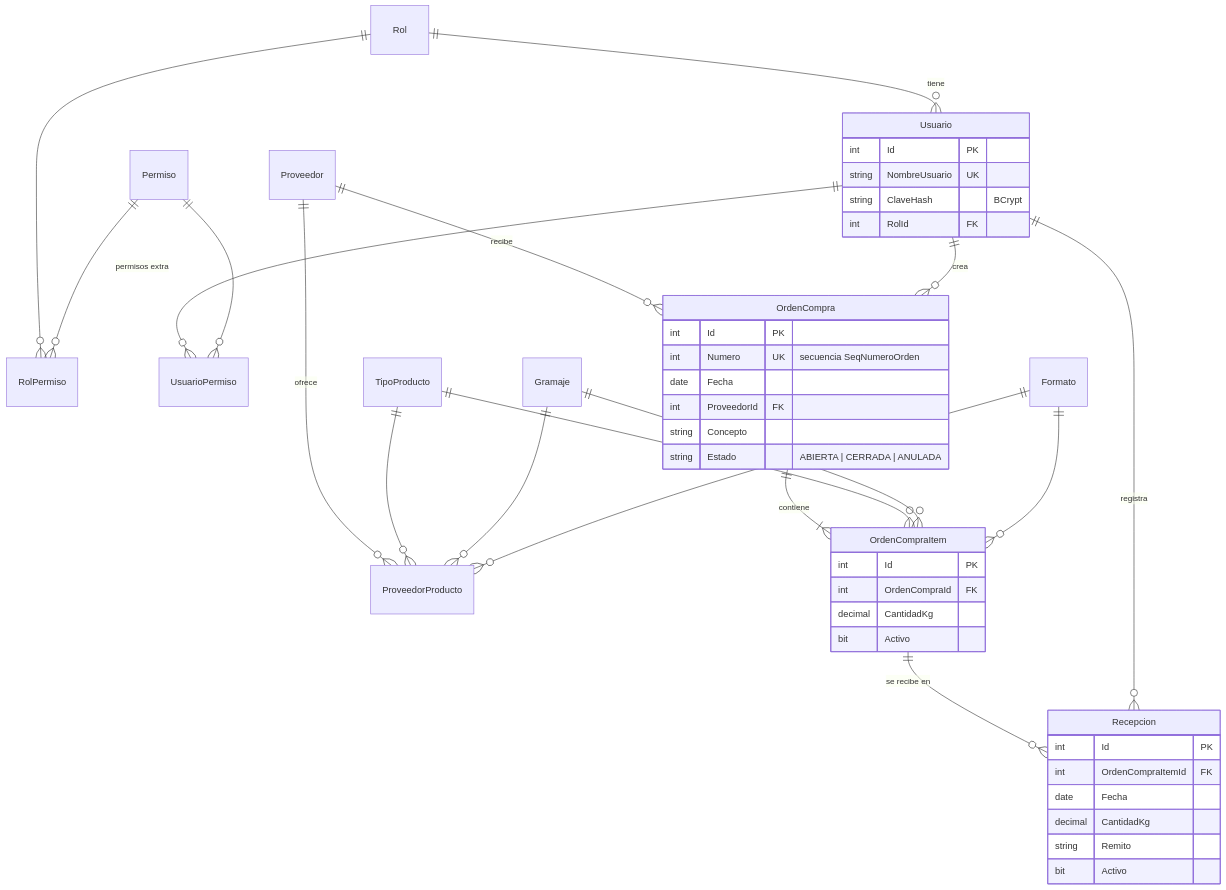
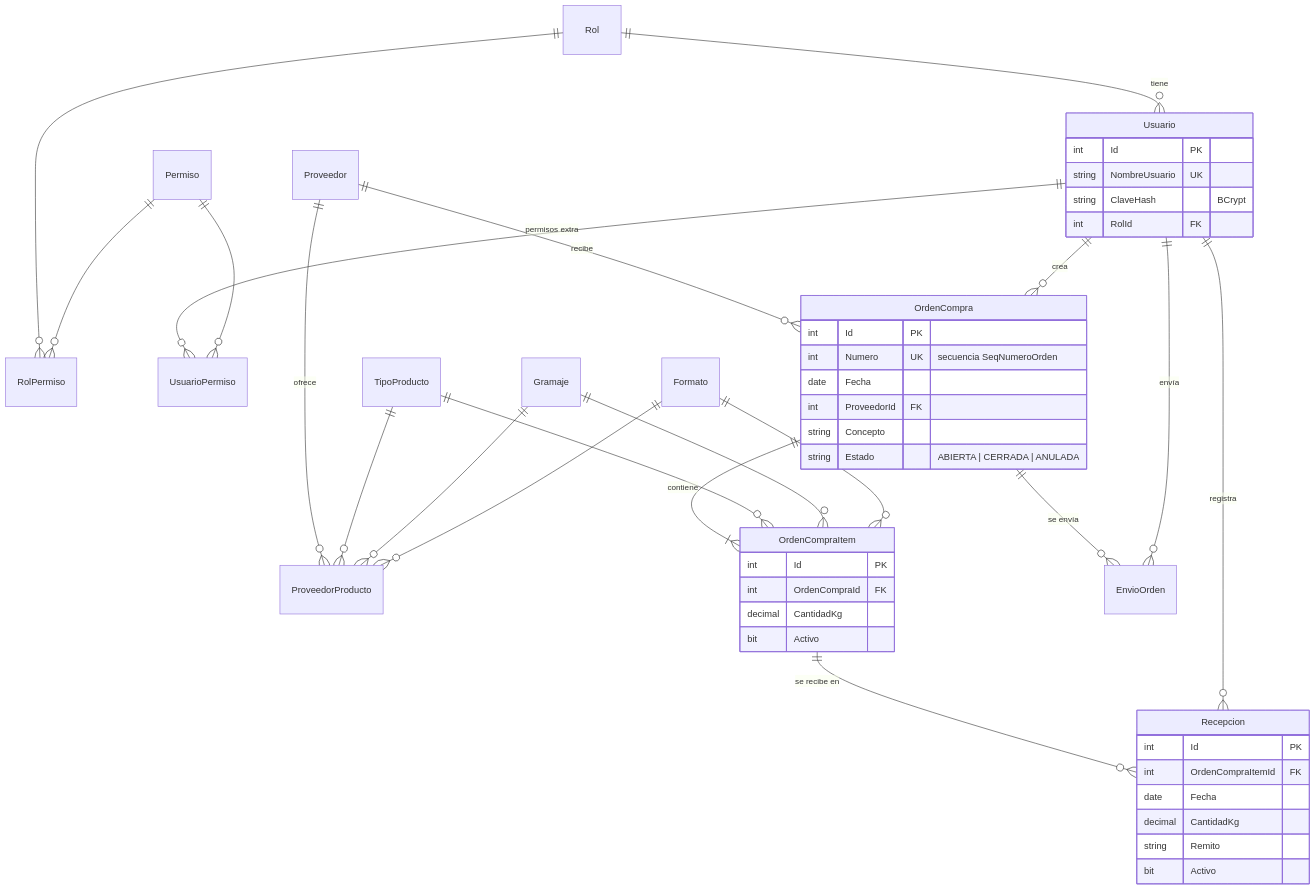
The diagram in docs/modelo-datos.md (arosso-arch/CompraTrack), drawn with Mermaid before and after one commit. The commit also changed other lines of this file and 23 other files, not shown here.

First line of the commit message:
PDF de la orden de compra y envío por mail al proveedor

````diff
--- a/docs/modelo-datos.md
+++ b/docs/modelo-datos.md
@@ -3,51 +3,53 @@
 ```mermaid
 erDiagram
     Rol ||--o{ Usuario : "tiene"
     Rol ||--o{ RolPermiso : ""
     Permiso ||--o{ RolPermiso : ""
     Usuario ||--o{ UsuarioPermiso : "permisos extra"
     Permiso ||--o{ UsuarioPermiso : ""
 
     Proveedor ||--o{ ProveedorProducto : "ofrece"
     TipoProducto ||--o{ ProveedorProducto : ""
     Gramaje ||--o{ ProveedorProducto : ""
     Formato ||--o{ ProveedorProducto : ""
 
     Proveedor ||--o{ OrdenCompra : "recibe"
     Usuario ||--o{ OrdenCompra : "crea"
     OrdenCompra ||--|{ OrdenCompraItem : "contiene"
     TipoProducto ||--o{ OrdenCompraItem : ""
     Gramaje ||--o{ OrdenCompraItem : ""
     Formato ||--o{ OrdenCompraItem : ""
     OrdenCompraItem ||--o{ Recepcion : "se recibe en"
     Usuario ||--o{ Recepcion : "registra"
+    OrdenCompra ||--o{ EnvioOrden : "se envía"
+    Usuario ||--o{ EnvioOrden : "envía"
 
     OrdenCompra {
         int Id PK
         int Numero UK "secuencia SeqNumeroOrden"
         date Fecha
         int ProveedorId FK
         string Concepto
         string Estado "ABIERTA | CERRADA | ANULADA"
     }
     OrdenCompraItem {
         int Id PK
         int OrdenCompraId FK
         decimal CantidadKg
         bit Activo
     }
     Recepcion {
         int Id PK
         int OrdenCompraItemId FK
         date Fecha
         decimal CantidadKg
         string Remito
         bit Activo
     }
     Usuario {
         int Id PK
         string NombreUsuario UK
         string ClaveHash "BCrypt"
         int RolId FK
     }
 ```
````
